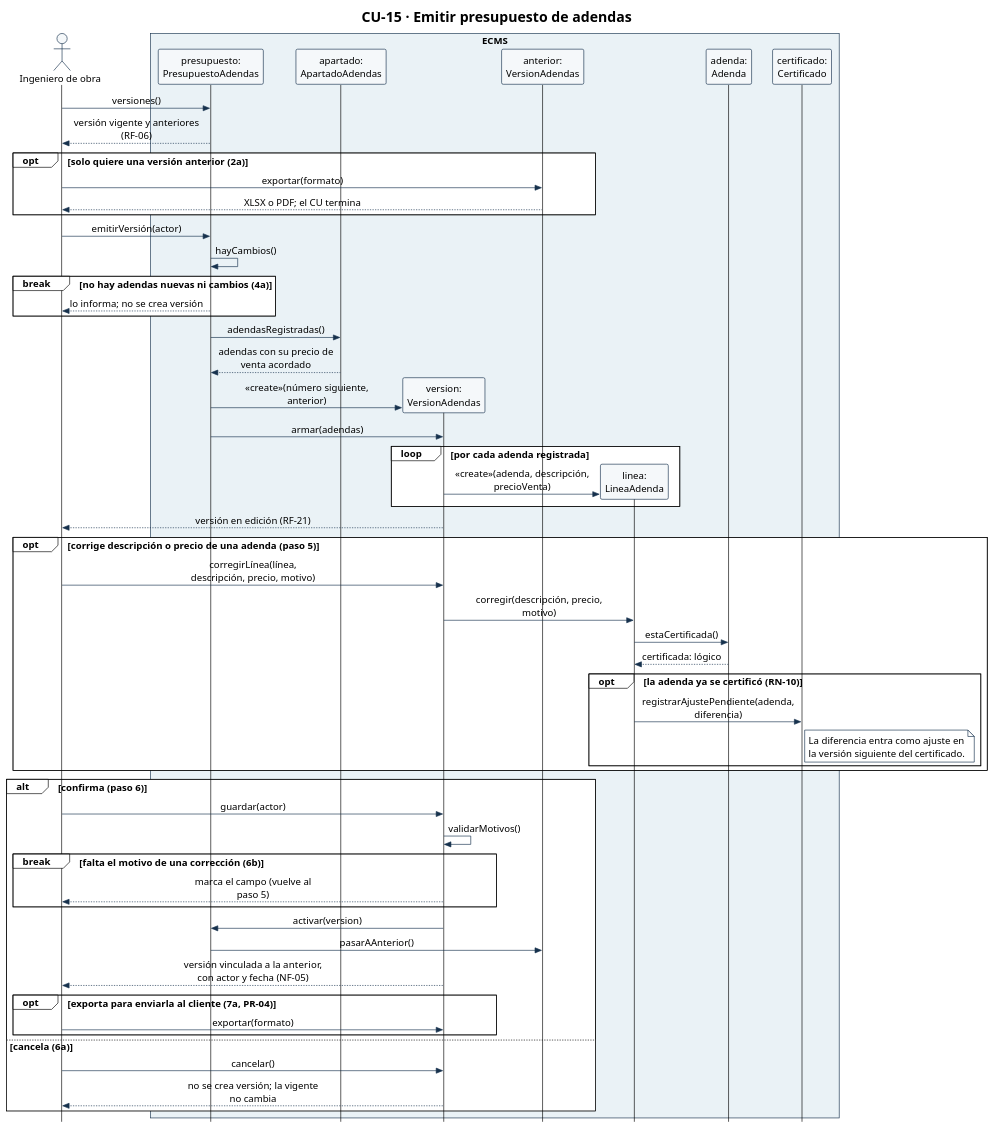
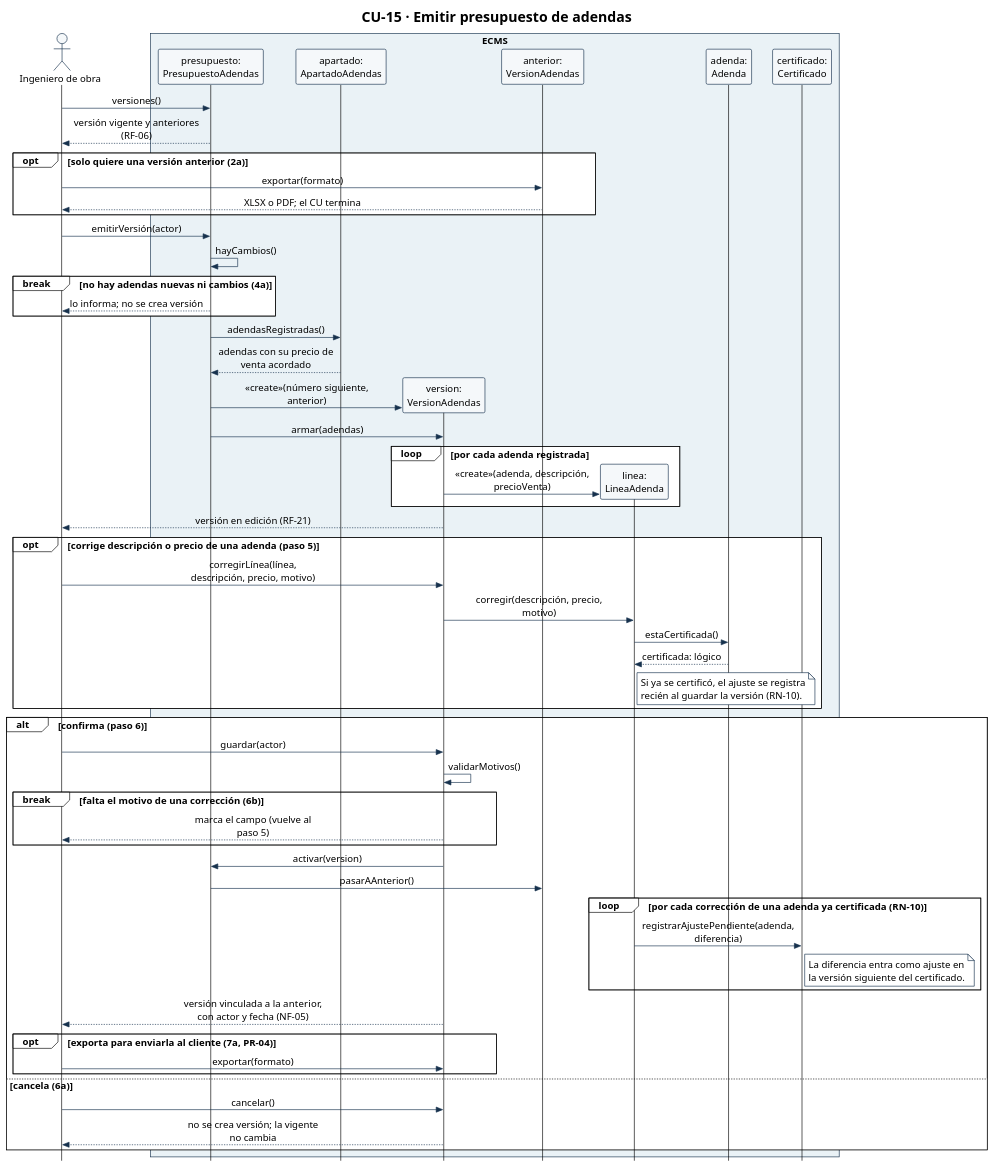
The diagram in diagramas/CU-15-secuencia.puml (Ssrrb/tpf-uca), drawn with PlantUML before and after one commit. The commit also changed 1 other file, not shown here.

Commit message:
CU-13 y CU-15: filtra obras sin acceso y registra el ajuste al guardar
Claude-Session: https://claude.ai/code/session_01DsH2EQF69FRHNnrs7DtYN5

```diff
--- a/diagramas/CU-15-secuencia.puml
+++ b/diagramas/CU-15-secuencia.puml
@@ -1,87 +1,91 @@
 @startuml
 !theme plain
 skinparam style strictuml
 skinparam shadowing false
 skinparam defaultFontName Arial
 skinparam defaultFontSize 15
 skinparam sequenceMessageAlign center
 skinparam maxMessageSize 220
 skinparam ParticipantPadding 8
 skinparam BoxPadding 6
 skinparam ParticipantBackgroundColor #F5F8FA
 skinparam ParticipantBorderColor #17324D
 skinparam ActorBorderColor #17324D
 skinparam ActorBackgroundColor #F5F8FA
 skinparam ArrowColor #17324D
 skinparam SequenceBoxBorderColor #17324D
 skinparam note {
   BackgroundColor #FFFFFF
   BorderColor #17324D
 }
 hide footbox
 title CU-15 · Emitir presupuesto de adendas
 actor "Ingeniero de obra" as Ing
 box "ECMS" #EAF2F6
 participant "presupuesto:\nPresupuestoAdendas" as PA
 participant "apartado:\nApartadoAdendas" as Apa
 participant "version:\nVersionAdendas" as V
 participant "anterior:\nVersionAdendas" as Ant
 participant "linea:\nLineaAdenda" as Lin
 participant "adenda:\nAdenda" as Ad
 participant "certificado:\nCertificado" as Cert
 end box
 
 Ing -> PA: versiones()
 PA --> Ing: versión vigente y anteriores (RF-06)
 opt solo quiere una versión anterior (2a)
   Ing -> Ant: exportar(formato)
   Ant --> Ing: XLSX o PDF; el CU termina
 end
 
 Ing -> PA: emitirVersión(actor)
 PA -> PA: hayCambios()
 break no hay adendas nuevas ni cambios (4a)
   PA --> Ing: lo informa; no se crea versión
 end
 PA -> Apa: adendasRegistradas()
 Apa --> PA: adendas con su precio de venta acordado
 create V
 PA -> V: «create»(número siguiente, anterior)
 PA -> V: armar(adendas)
 loop por cada adenda registrada
   create Lin
   V -> Lin: «create»(adenda, descripción, precioVenta)
 end
 V --> Ing: versión en edición (RF-21)
 
 opt corrige descripción o precio de una adenda (paso 5)
   Ing -> V: corregirLínea(línea, descripción, precio, motivo)
   V -> Lin: corregir(descripción, precio, motivo)
   Lin -> Ad: estaCertificada()
   Ad --> Lin: certificada: lógico
-  opt la adenda ya se certificó (RN-10)
-    Lin -> Cert: registrarAjustePendiente(adenda, diferencia)
-    note right of Cert
-      La diferencia entra como ajuste en
-      la versión siguiente del certificado.
-    end note
-  end
+  note right of Lin
+    Si ya se certificó, el ajuste se registra
+    recién al guardar la versión (RN-10).
+  end note
 end
 
 alt confirma (paso 6)
   Ing -> V: guardar(actor)
   V -> V: validarMotivos()
   break falta el motivo de una corrección (6b)
     V --> Ing: marca el campo (vuelve al paso 5)
   end
   V -> PA: activar(version)
   PA -> Ant: pasarAAnterior()
+  loop por cada corrección de una adenda ya certificada (RN-10)
+    Lin -> Cert: registrarAjustePendiente(adenda, diferencia)
+    note right of Cert
+      La diferencia entra como ajuste en
+      la versión siguiente del certificado.
+    end note
+  end
   V --> Ing: versión vinculada a la anterior, con actor y fecha (NF-05)
   opt exporta para enviarla al cliente (7a, PR-04)
     Ing -> V: exportar(formato)
   end
 else cancela (6a)
   Ing -> V: cancelar()
   V --> Ing: no se crea versión; la vigente no cambia
 end
 @enduml
```
